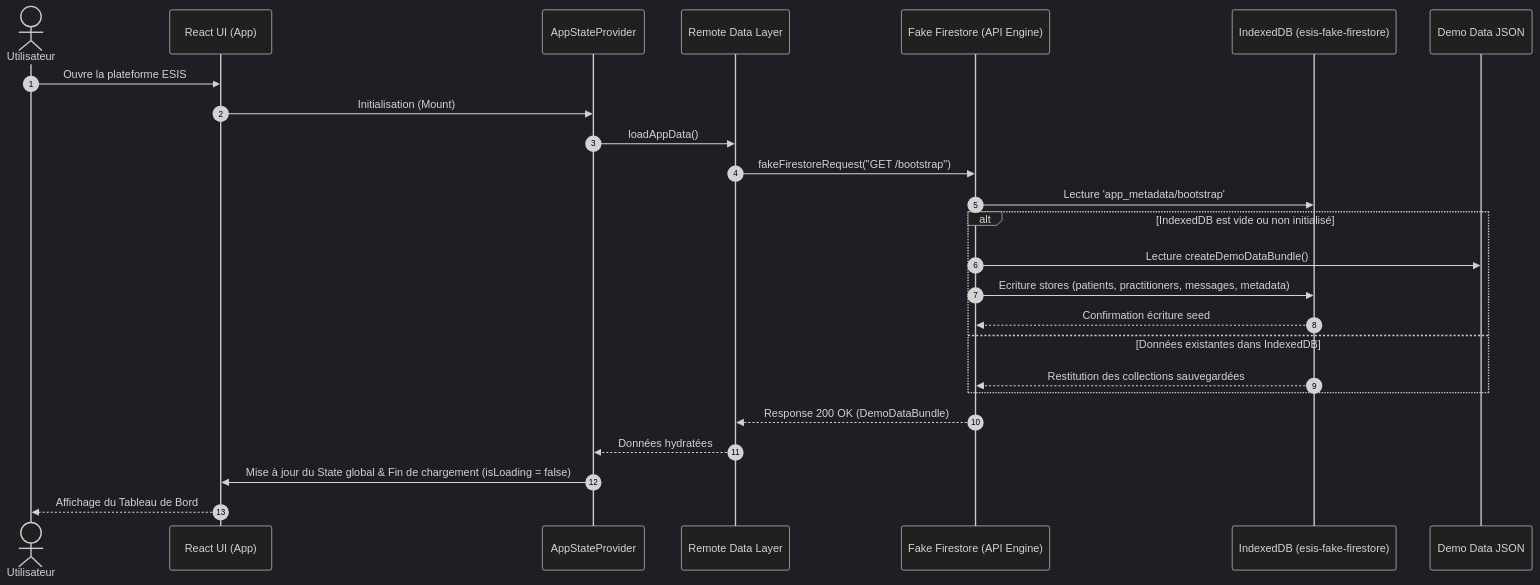
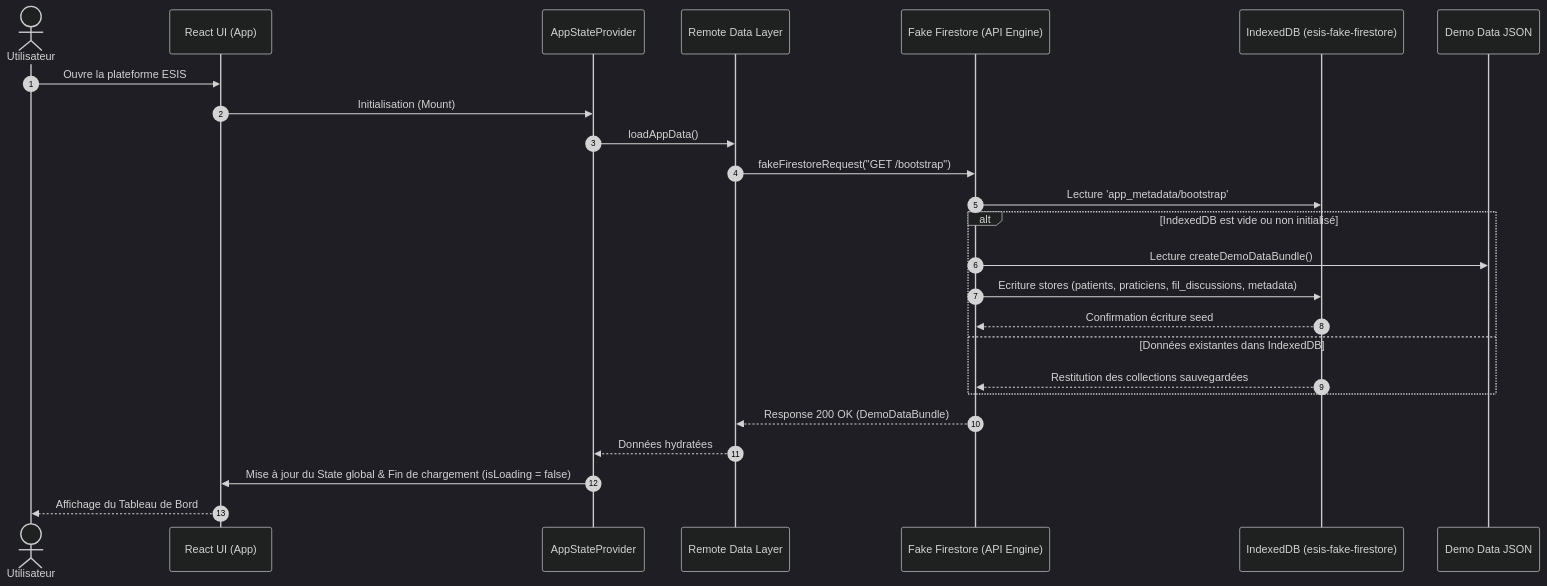
The second of 5 diagrams in docs/ARCHITECTURE.md (quangfr/esis), drawn with Mermaid (dark theme) before and after one commit. The commit also changed other lines of this file and 2 other files, not shown here.

Commit message:
feat(docs): traduire les entités techniques en français, ajouter le 3ème diagramme de cycle de vie et passer le visualiseur Mermaid en pleine hauteur sans scroll

````diff
--- a/docs/ARCHITECTURE.md
+++ b/docs/ARCHITECTURE.md
@@ -351,28 +351,28 @@
 ```mermaid
 sequenceDiagram
     autonumber
     actor User as Utilisateur
     participant UI as React UI (App)
     participant Provider as AppStateProvider
     participant Remote as Remote Data Layer
     participant FakeFS as Fake Firestore (API Engine)
     participant IDB as IndexedDB (esis-fake-firestore)
     participant Seed as Demo Data JSON
 
     User->>UI: Ouvre la plateforme ESIS
     UI->>Provider: Initialisation (Mount)
     Provider->>Remote: loadAppData()
     Remote->>FakeFS: fakeFirestoreRequest("GET /bootstrap")
     FakeFS->>IDB: Lecture 'app_metadata/bootstrap'
     alt IndexedDB est vide ou non initialisé
         FakeFS->>Seed: Lecture createDemoDataBundle()
-        FakeFS->>IDB: Ecriture stores (patients, practitioners, messages, metadata)
+        FakeFS->>IDB: Ecriture stores (patients, praticiens, fil_discussions, metadata)
         IDB-->>FakeFS: Confirmation écriture seed
     else Données existantes dans IndexedDB
         IDB-->>FakeFS: Restitution des collections sauvegardées
     end
     FakeFS-->>Remote: Response 200 OK (DemoDataBundle)
     Remote-->>Provider: Données hydratées
     Provider->>UI: Mise à jour du State global & Fin de chargement (isLoading = false)
     UI-->>User: Affichage du Tableau de Bord
 ```
````
